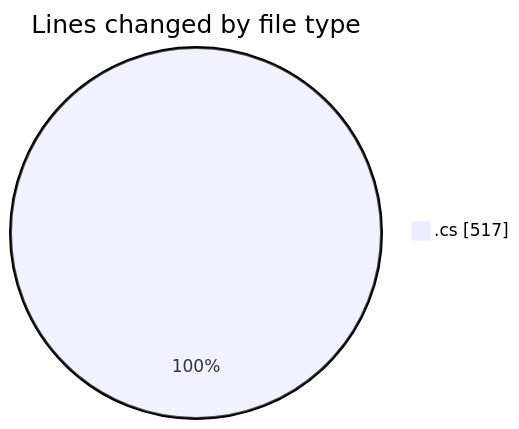
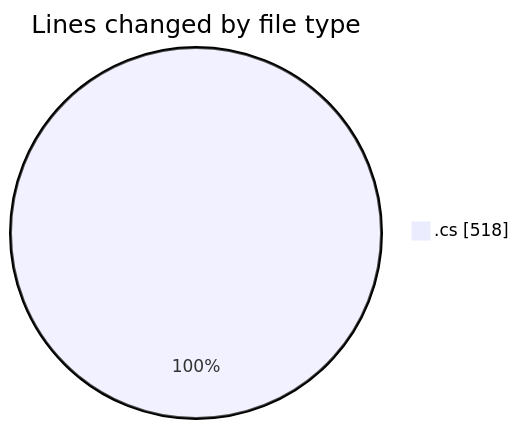
One commit to Netris89/code-tracking changed the first of 2 diagrams in 2025-04-03/back-end/README.md. Above: the diagram before and after it, drawn with Mermaid. The commit also changed other lines of this file and 1 other file, not shown here.

````diff
--- a/2025-04-03/back-end/README.md
+++ b/2025-04-03/back-end/README.md
@@ -21,5 +21,5 @@
 ```mermaid
 pie showData
 title Lines changed by file type
-".cs" : 517
+".cs" : 518
 ```
````
